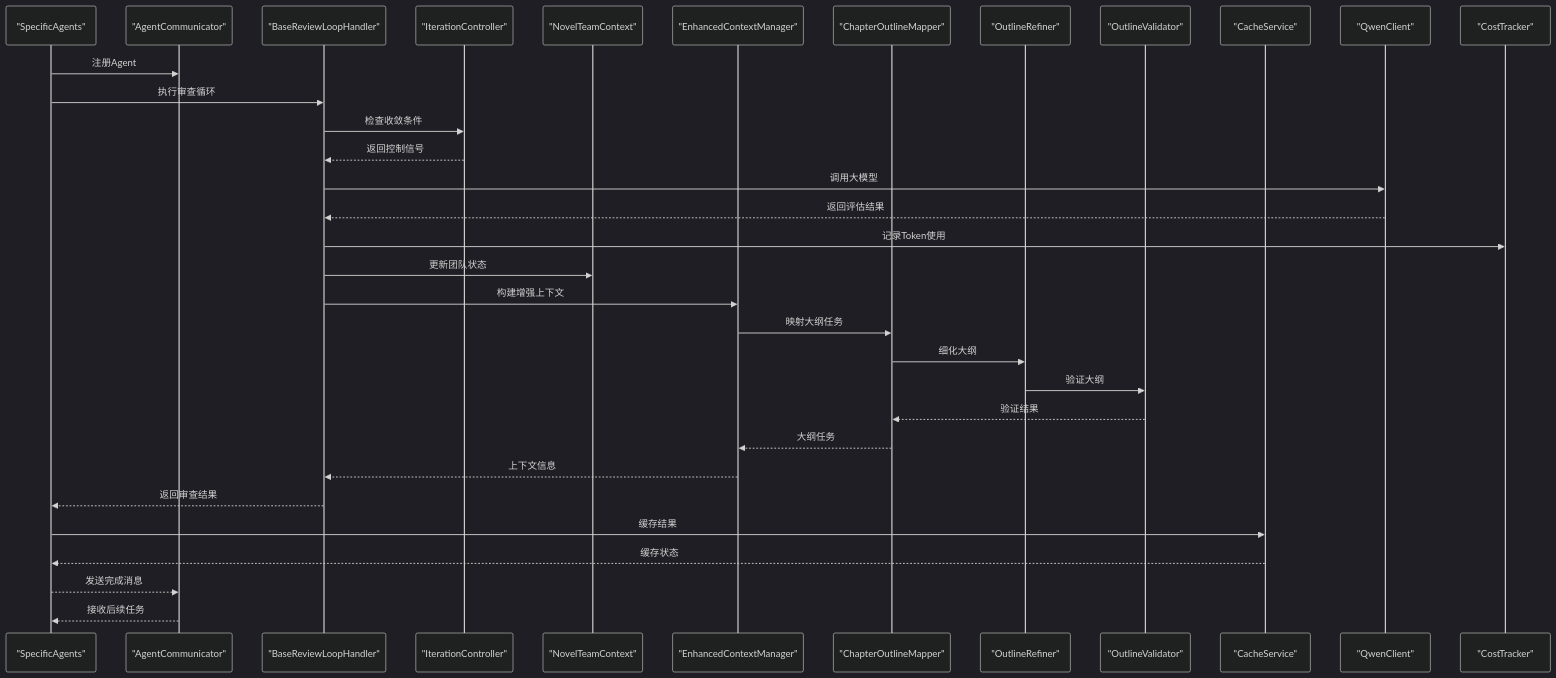
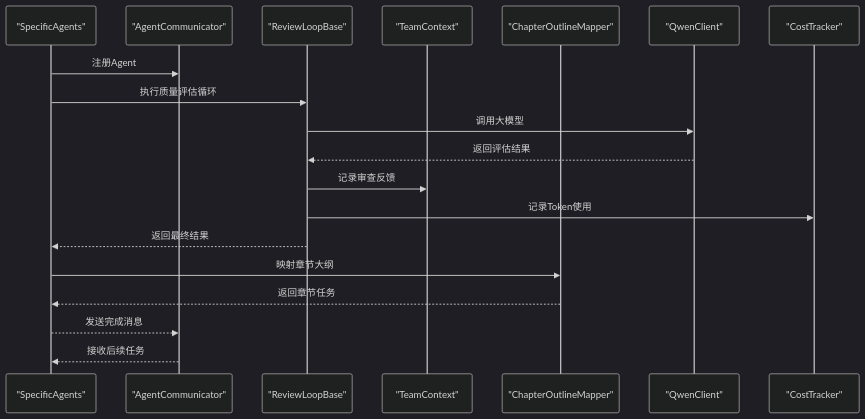
Before and after one commit to xfbyxq/ai-novel-system: the second of 9 diagrams in .qoder/repowiki/zh/content/AI智能体系统/AI智能体系统.md, drawn with Mermaid (dark theme). The commit also changed other lines of this file and 38 other files, not shown here.

````diff
--- a/.qoder/repowiki/zh/content/AI智能体系统/AI智能体系统.md
+++ b/.qoder/repowiki/zh/content/AI智能体系统/AI智能体系统.md
@@ -228,35 +173,21 @@
 ```mermaid
 sequenceDiagram
 participant Agent as "SpecificAgents"
 participant Comm as "AgentCommunicator"
-participant Base as "BaseReviewLoopHandler"
-participant IC as "IterationController"
-participant TC as "NovelTeamContext"
-participant ECM as "EnhancedContextManager"
+participant RL as "ReviewLoopBase"
+participant TC as "TeamContext"
 participant COM as "ChapterOutlineMapper"
-participant OR as "OutlineRefiner"
-participant OV as "OutlineValidator"
-participant CS as "CacheService"
 participant Qwen as "QwenClient"
 participant Tracker as "CostTracker"
 Agent->>Comm : 注册Agent
-Agent->>Base : 执行审查循环
-Base->>IC : 检查收敛条件
-IC-->>Base : 返回控制信号
-Base->>Qwen : 调用大模型
-Qwen-->>Base : 返回评估结果
-Base->>Tracker : 记录Token使用
-Base->>TC : 更新团队状态
-Base->>ECM : 构建增强上下文
-ECM->>COM : 映射大纲任务
-COM->>OR : 细化大纲
-OR->>OV : 验证大纲
-OV-->>COM : 验证结果
-COM-->>ECM : 大纲任务
-ECM-->>Base : 上下文信息
-Base-->>Agent : 返回审查结果
-Agent->>CS : 缓存结果
-CS-->>Agent : 缓存状态
+Agent->>RL : 执行质量评估循环
+RL->>Qwen : 调用大模型
+Qwen-->>RL : 返回评估结果
+RL->>TC : 记录审查反馈
+RL->>Tracker : 记录Token使用
+RL-->>Agent : 返回最终结果
+Agent->>COM : 映射章节大纲
+COM-->>Agent : 返回章节任务
 Agent-->>Comm : 发送完成消息
 Comm-->>Agent : 接收后续任务
 ```
````
